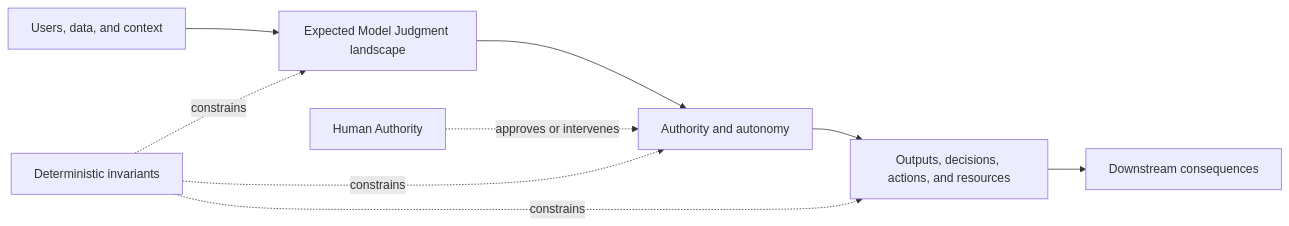
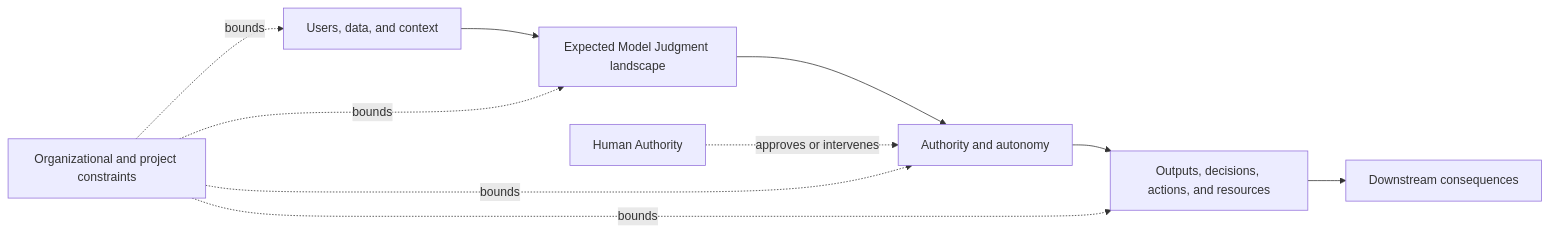
One commit to UncertaintyArchitectureGroup/uncertainty-architecture changed the first of 2 diagrams in 01-patterns/project-control-architecture-and-viability-review-template.md. Above: the diagram before and after it, drawn with Mermaid. The commit also changed other lines of this file, not shown here.

Commit message:
docs: add project constraint architecture to template

````diff
--- a/01-patterns/project-control-architecture-and-viability-review-template.md
+++ b/01-patterns/project-control-architecture-and-viability-review-template.md
@@ -201,16 +217,17 @@
 ```mermaid
 flowchart LR
     U[Users, data, and context]
     J[Expected Model Judgment landscape]
     A[Authority and autonomy]
     O[Outputs, decisions, actions, and resources]
     C[Downstream consequences]
     H[Human Authority]
-    I[Deterministic invariants]
+    K[Organizational and project constraints]
 
     U --> J --> A --> O --> C
     H -. approves or intervenes .-> A
-    I -. constrains .-> J
-    I -. constrains .-> A
-    I -. constrains .-> O
+    K -. bounds .-> U
+    K -. bounds .-> J
+    K -. bounds .-> A
+    K -. bounds .-> O
 ```
````
